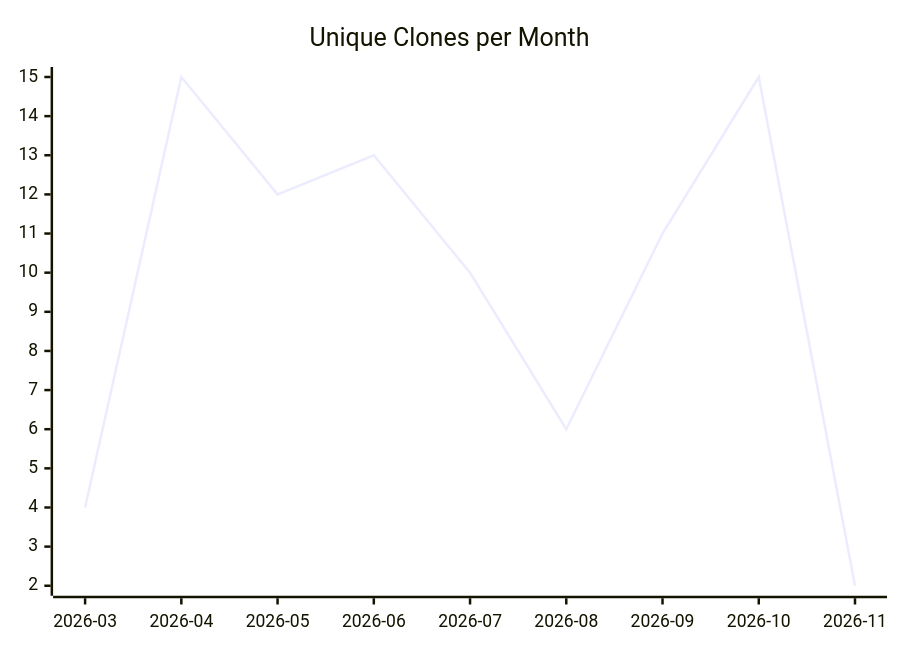
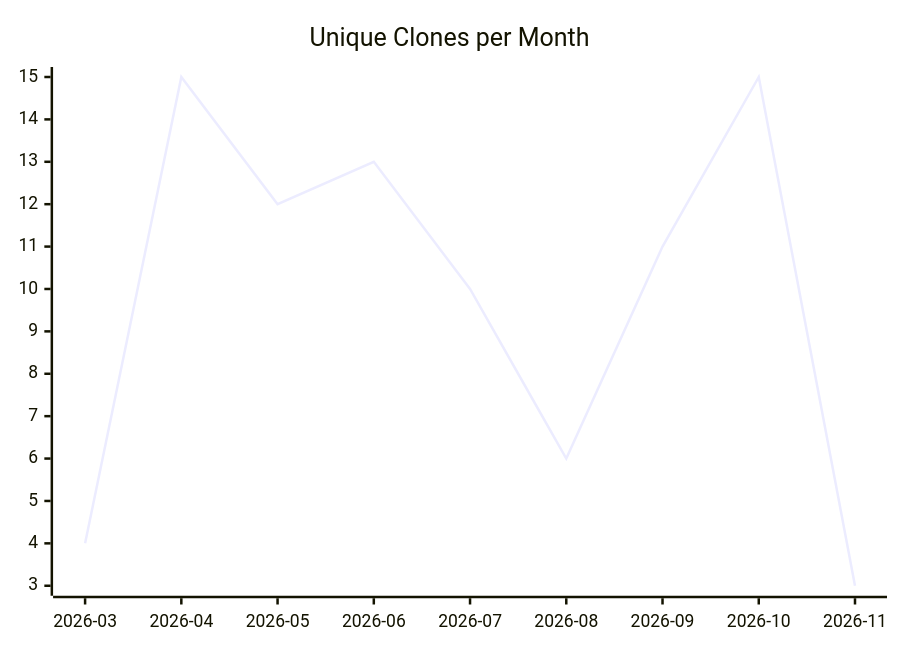
The third of 3 diagrams in karlmdavis/ansible-role-bind-dns/README.md (justdavis-family/github-analytics-data), drawn with Mermaid before and after one commit. The commit also changed other lines of this file and 188 other files, not shown here.

````diff
--- a/karlmdavis/ansible-role-bind-dns/README.md
+++ b/karlmdavis/ansible-role-bind-dns/README.md
@@ -19,6 +19,6 @@
 ```mermaid
 xychart-beta
   title "Unique Clones per Month"
   x-axis ["2026-03", "2026-04", "2026-05", "2026-06", "2026-07", "2026-08", "2026-09", "2026-10", "2026-11"]
-  line [4, 15, 12, 13, 10, 6, 11, 15, 2]
+  line [4, 15, 12, 13, 10, 6, 11, 15, 3]
 ```
````
